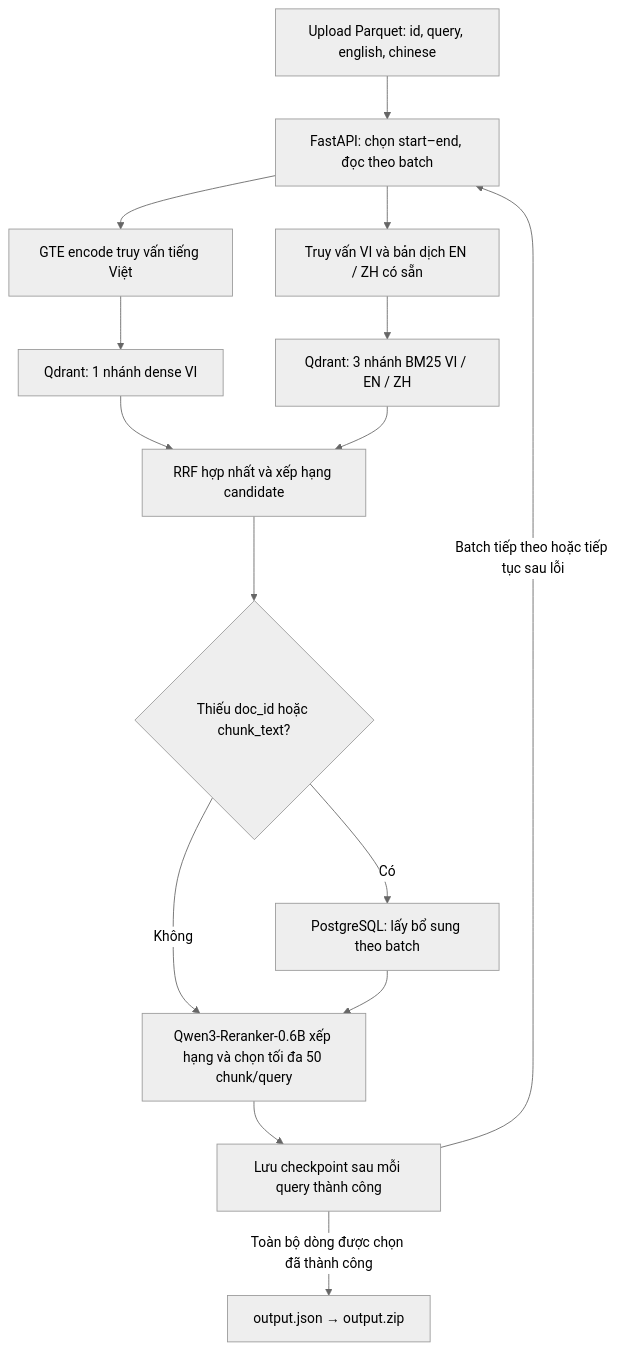
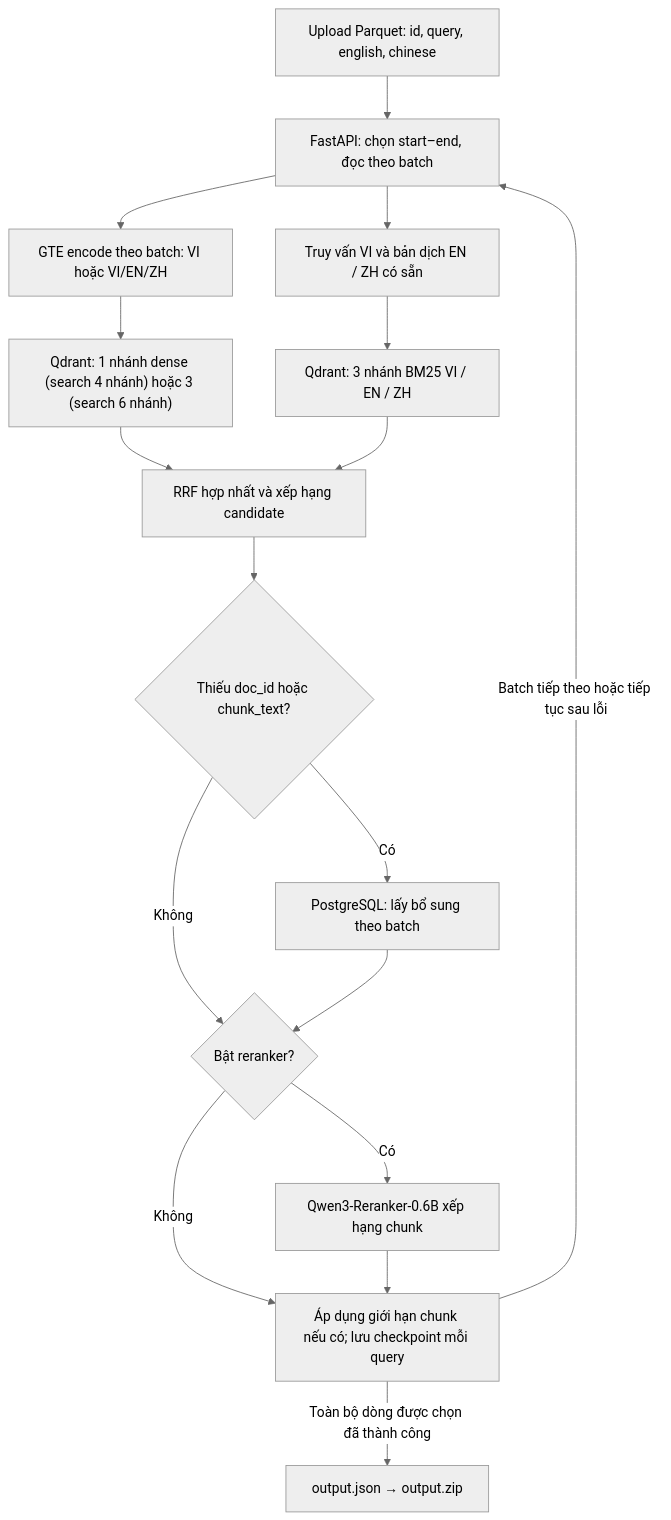
The diagram in README.md (sbtc-AIGuru/sbtc), drawn with Mermaid (neutral theme) before and after one commit. The commit also changed other lines of this file and 9 other files, not shown here.

````diff
--- a/README.md
+++ b/README.md
@@ -8,17 +8,19 @@
 ```mermaid
 flowchart TD
     A["Upload Parquet: id, query, english, chinese"] --> B["FastAPI: chọn start–end, đọc theo batch"]
-    B --> C["GTE encode truy vấn tiếng Việt"]
+    B --> C["GTE encode theo batch: VI hoặc VI/EN/ZH"]
     B --> D["Truy vấn VI và bản dịch EN / ZH có sẵn"]
-    C --> E["Qdrant: 1 nhánh dense VI"]
+    C --> E["Qdrant: 1 nhánh dense (search 4 nhánh) hoặc 3 (search 6 nhánh)"]
     D --> F["Qdrant: 3 nhánh BM25 VI / EN / ZH"]
     E --> G["RRF hợp nhất và xếp hạng candidate"]
     F --> G
     G --> H{"Thiếu doc_id hoặc chunk_text?"}
     H -- Có --> I["PostgreSQL: lấy bổ sung theo batch"]
-    H -- Không --> J["Qwen3-Reranker-0.6B xếp hạng và chọn tối đa 50 chunk/query"]
+    H -- Không --> J{"Bật reranker?"}
     I --> J
-    J --> K["Lưu checkpoint sau mỗi query thành công"]
+    J -- Có --> R["Qwen3-Reranker-0.6B xếp hạng chunk"]
+    J -- Không --> K["Áp dụng giới hạn chunk nếu có; lưu checkpoint mỗi query"]
+    R --> K
     K -- "Batch tiếp theo hoặc tiếp tục sau lỗi" --> B
     K -- "Toàn bộ dòng được chọn đã thành công" --> L["output.json → output.zip"]
 ```
````
